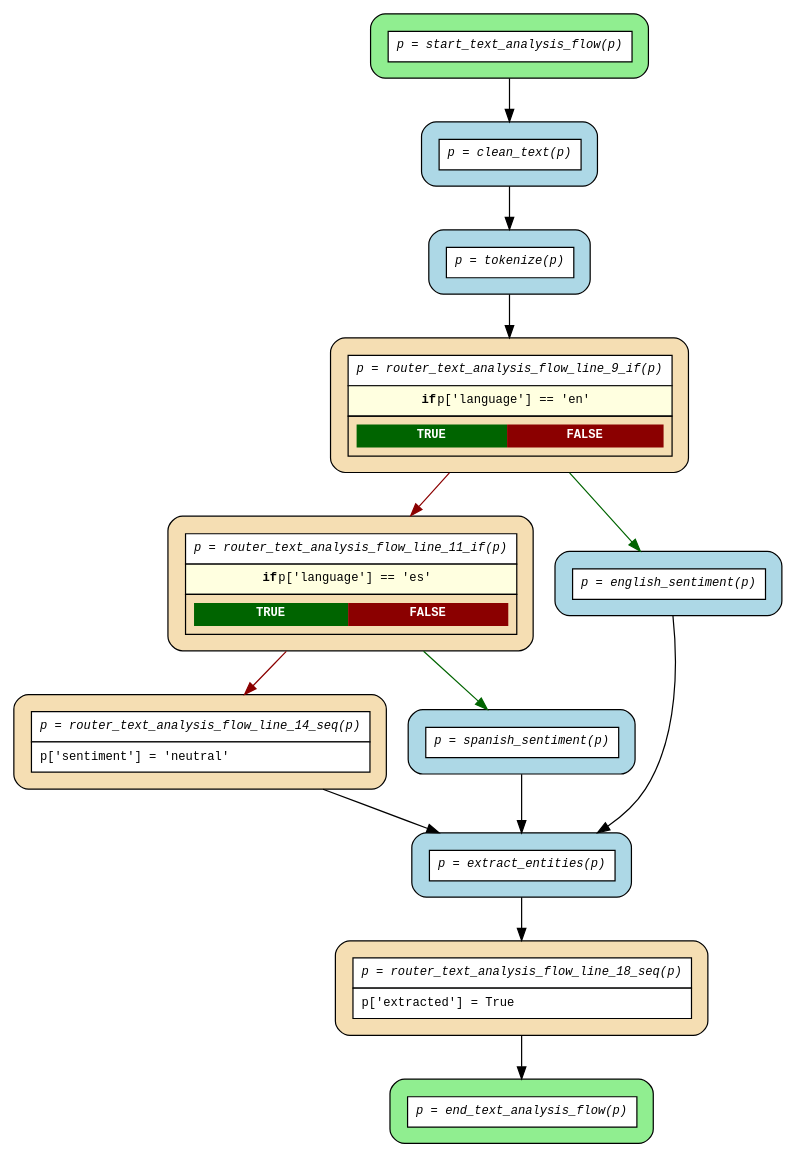
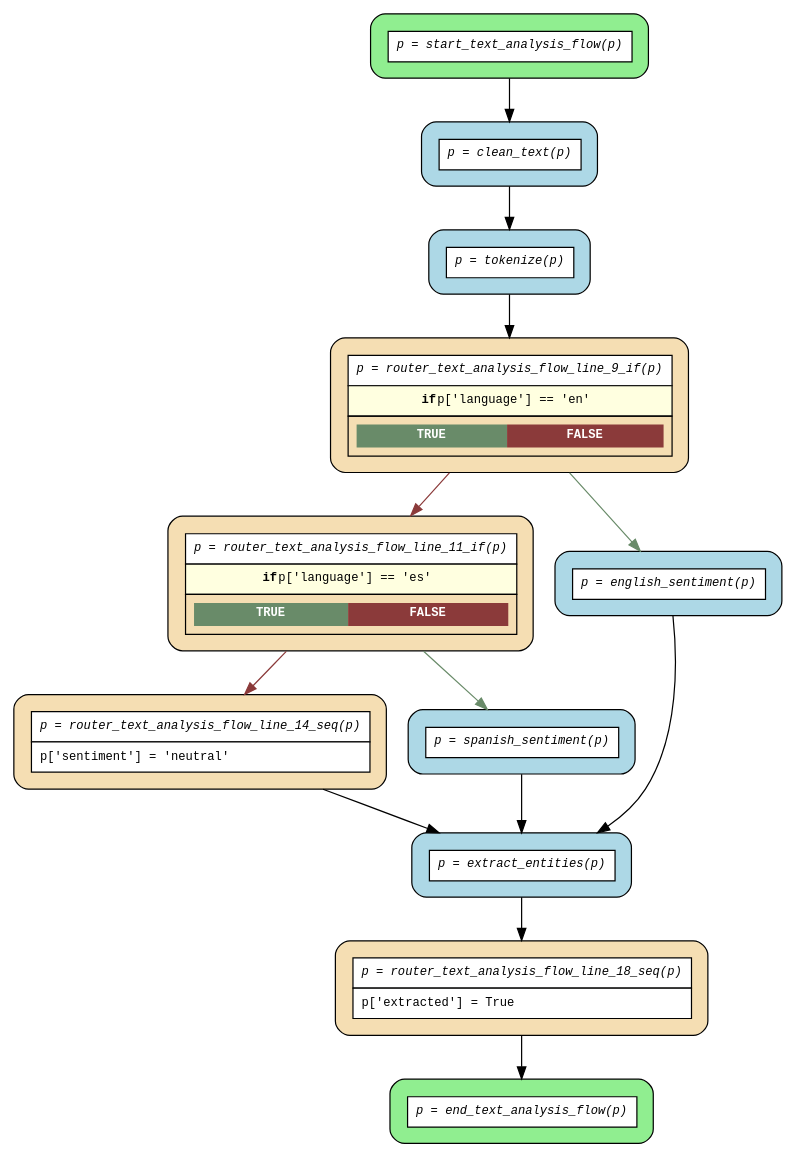
The diagram in docs/img/for-data-scientists-flows/compiled/text_analysis_flow/flow.dot (deliveryhero/asya), drawn with Graphviz before and after one commit. The commit also changed 3 other files, not shown here.

```diff
--- a/docs/img/for-data-scientists-flows/compiled/text_analysis_flow/flow.dot
+++ b/docs/img/for-data-scientists-flows/compiled/text_analysis_flow/flow.dot
@@ -1,31 +1,31 @@
 digraph flow {
   rankdir=TB;
   graph [fontname="Courier", fontsize=10];
   node [fontname="Courier", fontsize=10, shape=box, style="filled,rounded", margin="0.2"];
   edge [fontname="Courier", fontsize=10];
 
   start_text_analysis_flow [fillcolor="lightgreen", label=<<table border="0" cellspacing="0" cellpadding="6" cellborder="1"><tr><td bgcolor="white" align="center"><i>p = start_text_analysis_flow(p)</i></td></tr></table>>];
   router_text_analysis_flow_line_14_seq [fillcolor="wheat", label=<<table border="0" cellspacing="0" cellpadding="6" cellborder="1"><tr><td bgcolor="white" align="center"><i>p = router_text_analysis_flow_line_14_seq(p)</i></td></tr><tr><td bgcolor="white" align="left">p['sentiment'] = 'neutral'</td></tr></table>>];
-  router_text_analysis_flow_line_11_if [fillcolor="wheat", label=<<table border="0" cellspacing="0" cellpadding="6" cellborder="1"><tr><td bgcolor="white" align="center"><i>p = router_text_analysis_flow_line_11_if(p)</i></td></tr><tr><td bgcolor="lightyellow"><b>if</b> p['language'] == 'es'</td></tr><tr><td><table border="0" cellspacing="0" cellpadding="4"><tr><td bgcolor="darkgreen"><font color="white"><b>TRUE</b></font></td><td bgcolor="darkred"><font color="white"><b>FALSE</b></font></td></tr></table></td></tr></table>>];
+  router_text_analysis_flow_line_11_if [fillcolor="wheat", label=<<table border="0" cellspacing="0" cellpadding="6" cellborder="1"><tr><td bgcolor="white" align="center"><i>p = router_text_analysis_flow_line_11_if(p)</i></td></tr><tr><td bgcolor="lightyellow"><b>if</b> p['language'] == 'es'</td></tr><tr><td><table border="0" cellspacing="0" cellpadding="4"><tr><td bgcolor="darkseagreen4"><font color="white"><b>TRUE</b></font></td><td bgcolor="indianred4"><font color="white"><b>FALSE</b></font></td></tr></table></td></tr></table>>];
   router_text_analysis_flow_line_18_seq [fillcolor="wheat", label=<<table border="0" cellspacing="0" cellpadding="6" cellborder="1"><tr><td bgcolor="white" align="center"><i>p = router_text_analysis_flow_line_18_seq(p)</i></td></tr><tr><td bgcolor="white" align="left">p['extracted'] = True</td></tr></table>>];
-  router_text_analysis_flow_line_9_if [fillcolor="wheat", label=<<table border="0" cellspacing="0" cellpadding="6" cellborder="1"><tr><td bgcolor="white" align="center"><i>p = router_text_analysis_flow_line_9_if(p)</i></td></tr><tr><td bgcolor="lightyellow"><b>if</b> p['language'] == 'en'</td></tr><tr><td><table border="0" cellspacing="0" cellpadding="4"><tr><td bgcolor="darkgreen"><font color="white"><b>TRUE</b></font></td><td bgcolor="darkred"><font color="white"><b>FALSE</b></font></td></tr></table></td></tr></table>>];
+  router_text_analysis_flow_line_9_if [fillcolor="wheat", label=<<table border="0" cellspacing="0" cellpadding="6" cellborder="1"><tr><td bgcolor="white" align="center"><i>p = router_text_analysis_flow_line_9_if(p)</i></td></tr><tr><td bgcolor="lightyellow"><b>if</b> p['language'] == 'en'</td></tr><tr><td><table border="0" cellspacing="0" cellpadding="4"><tr><td bgcolor="darkseagreen4"><font color="white"><b>TRUE</b></font></td><td bgcolor="indianred4"><font color="white"><b>FALSE</b></font></td></tr></table></td></tr></table>>];
   end_text_analysis_flow [fillcolor="lightgreen", label=<<table border="0" cellspacing="0" cellpadding="6" cellborder="1"><tr><td bgcolor="white" align="center"><i>p = end_text_analysis_flow(p)</i></td></tr></table>>];
   clean_text [fillcolor="lightblue", label=<<table border="0" cellspacing="0" cellpadding="6" cellborder="1"><tr><td bgcolor="white" align="center"><i>p = clean_text(p)</i></td></tr></table>>];
   english_sentiment [fillcolor="lightblue", label=<<table border="0" cellspacing="0" cellpadding="6" cellborder="1"><tr><td bgcolor="white" align="center"><i>p = english_sentiment(p)</i></td></tr></table>>];
   extract_entities [fillcolor="lightblue", label=<<table border="0" cellspacing="0" cellpadding="6" cellborder="1"><tr><td bgcolor="white" align="center"><i>p = extract_entities(p)</i></td></tr></table>>];
   spanish_sentiment [fillcolor="lightblue", label=<<table border="0" cellspacing="0" cellpadding="6" cellborder="1"><tr><td bgcolor="white" align="center"><i>p = spanish_sentiment(p)</i></td></tr></table>>];
   tokenize [fillcolor="lightblue", label=<<table border="0" cellspacing="0" cellpadding="6" cellborder="1"><tr><td bgcolor="white" align="center"><i>p = tokenize(p)</i></td></tr></table>>];
 
   clean_text -> tokenize;
   english_sentiment -> extract_entities;
   extract_entities -> router_text_analysis_flow_line_18_seq;
-  router_text_analysis_flow_line_11_if -> router_text_analysis_flow_line_14_seq [color=darkred];
-  router_text_analysis_flow_line_11_if -> spanish_sentiment [color=darkgreen];
+  router_text_analysis_flow_line_11_if -> router_text_analysis_flow_line_14_seq [color=indianred4];
+  router_text_analysis_flow_line_11_if -> spanish_sentiment [color=darkseagreen4];
   router_text_analysis_flow_line_14_seq -> extract_entities;
   router_text_analysis_flow_line_18_seq -> end_text_analysis_flow;
-  router_text_analysis_flow_line_9_if -> english_sentiment [color=darkgreen];
-  router_text_analysis_flow_line_9_if -> router_text_analysis_flow_line_11_if [color=darkred];
+  router_text_analysis_flow_line_9_if -> english_sentiment [color=darkseagreen4];
+  router_text_analysis_flow_line_9_if -> router_text_analysis_flow_line_11_if [color=indianred4];
   spanish_sentiment -> extract_entities;
   start_text_analysis_flow -> clean_text;
   tokenize -> router_text_analysis_flow_line_9_if;
 }
```
